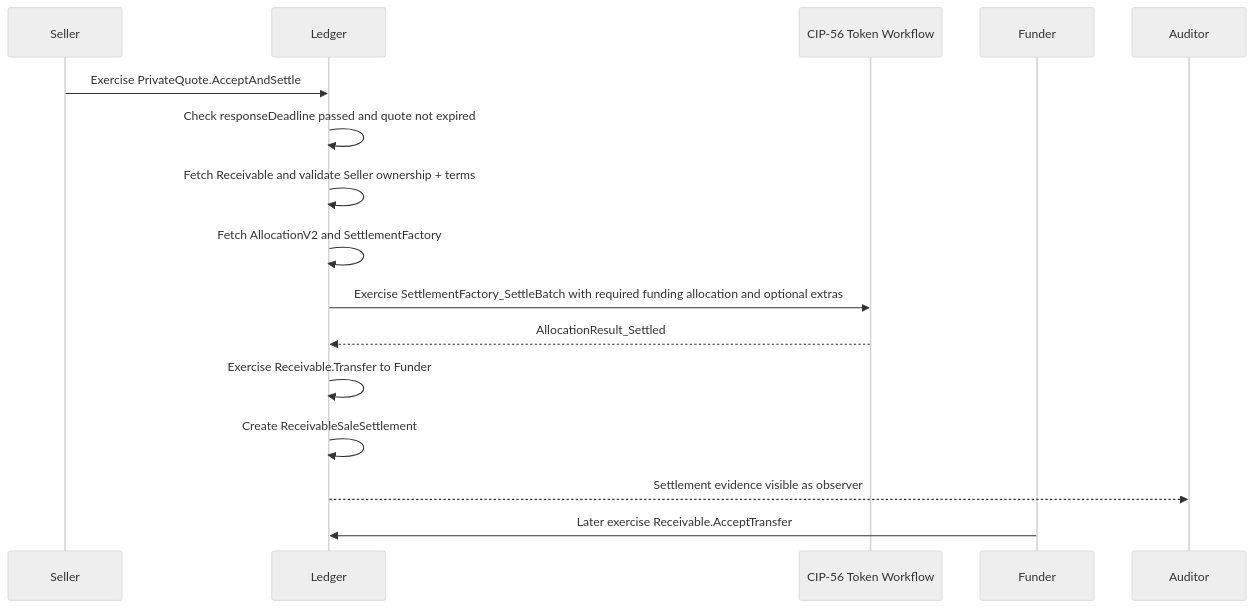
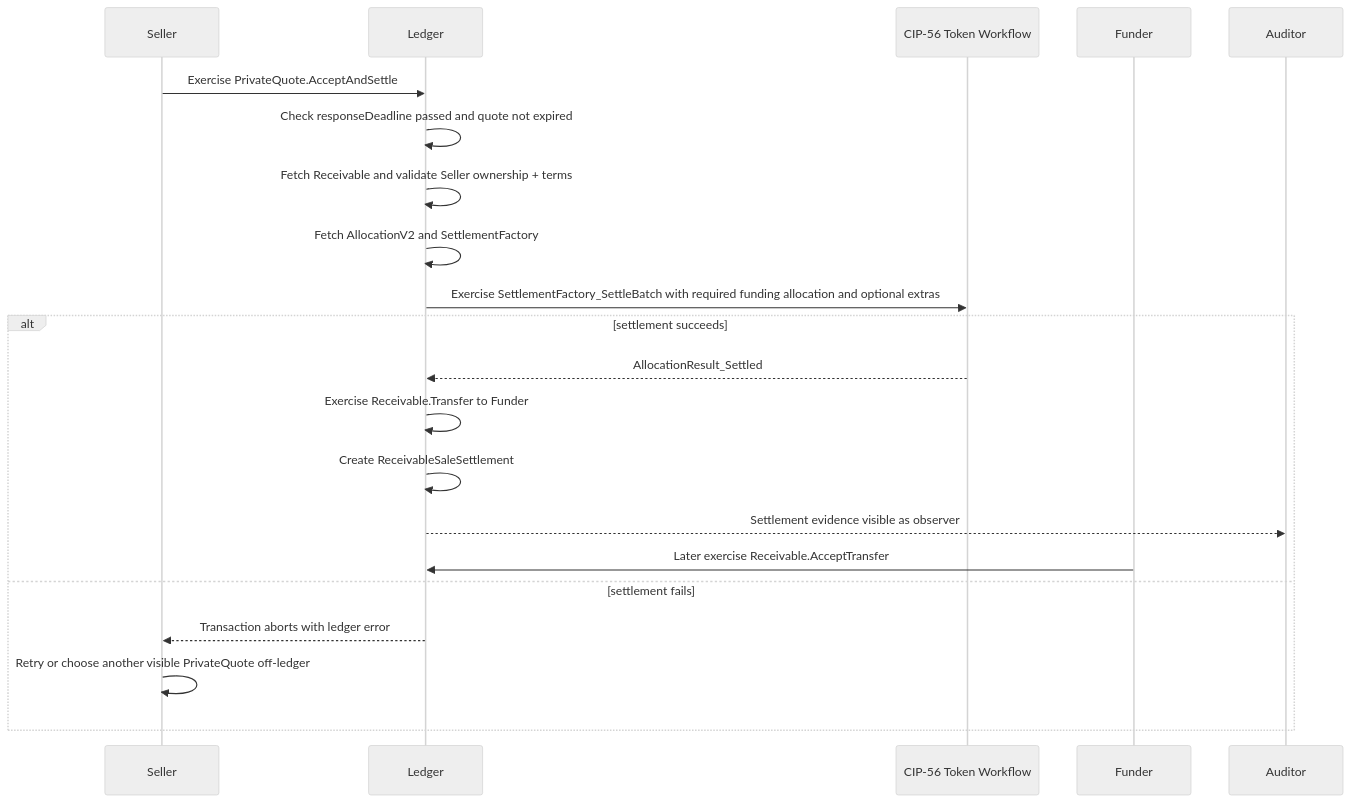
Before and after one commit to no-witness-labs/canton-hackathon-cloakRFQ: the fifth of 10 diagrams in docs/technical-design/005-workflow-diagrams.md, drawn with Mermaid (neutral theme). The commit also changed other lines of this file and 3 other files, not shown here.

Commit message:
test(ledger): cover failed settlement fallback

````diff
--- a/docs/technical-design/005-workflow-diagrams.md
+++ b/docs/technical-design/005-workflow-diagrams.md
@@ -116,19 +119,24 @@
 ```mermaid
 sequenceDiagram
     participant S as Seller
     participant L as Ledger
     participant T as CIP-56 Token Workflow
     participant F as Funder
     participant A as Auditor
 
     S->>L: Exercise PrivateQuote.AcceptAndSettle
     L->>L: Check responseDeadline passed and quote not expired
     L->>L: Fetch Receivable and validate Seller ownership + terms
     L->>L: Fetch AllocationV2 and SettlementFactory
     L->>T: Exercise SettlementFactory_SettleBatch with required funding allocation and optional extras
-    T-->>L: AllocationResult_Settled
-    L->>L: Exercise Receivable.Transfer to Funder
-    L->>L: Create ReceivableSaleSettlement
-    L-->>A: Settlement evidence visible as observer
-    F->>L: Later exercise Receivable.AcceptTransfer
+    alt settlement succeeds
+      T-->>L: AllocationResult_Settled
+      L->>L: Exercise Receivable.Transfer to Funder
+      L->>L: Create ReceivableSaleSettlement
+      L-->>A: Settlement evidence visible as observer
+      F->>L: Later exercise Receivable.AcceptTransfer
+    else settlement fails
+      L-->>S: Transaction aborts with ledger error
+      S->>S: Retry or choose another visible PrivateQuote off-ledger
+    end
 ```
````
